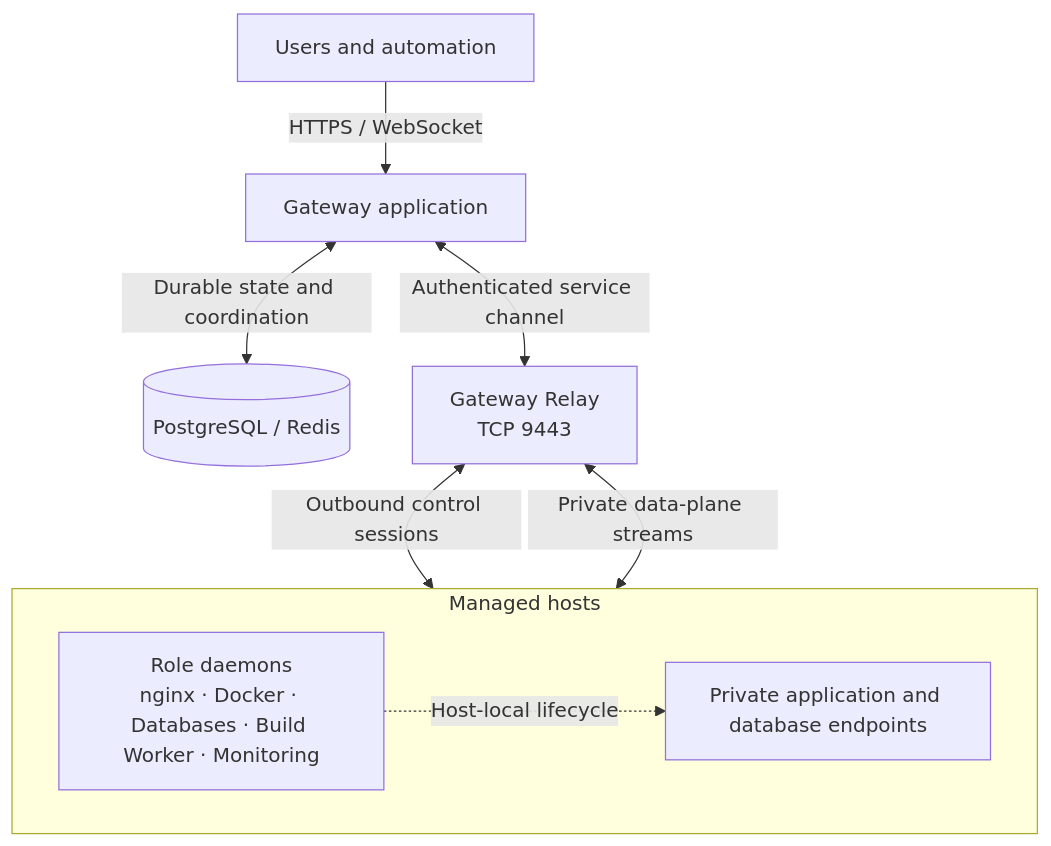
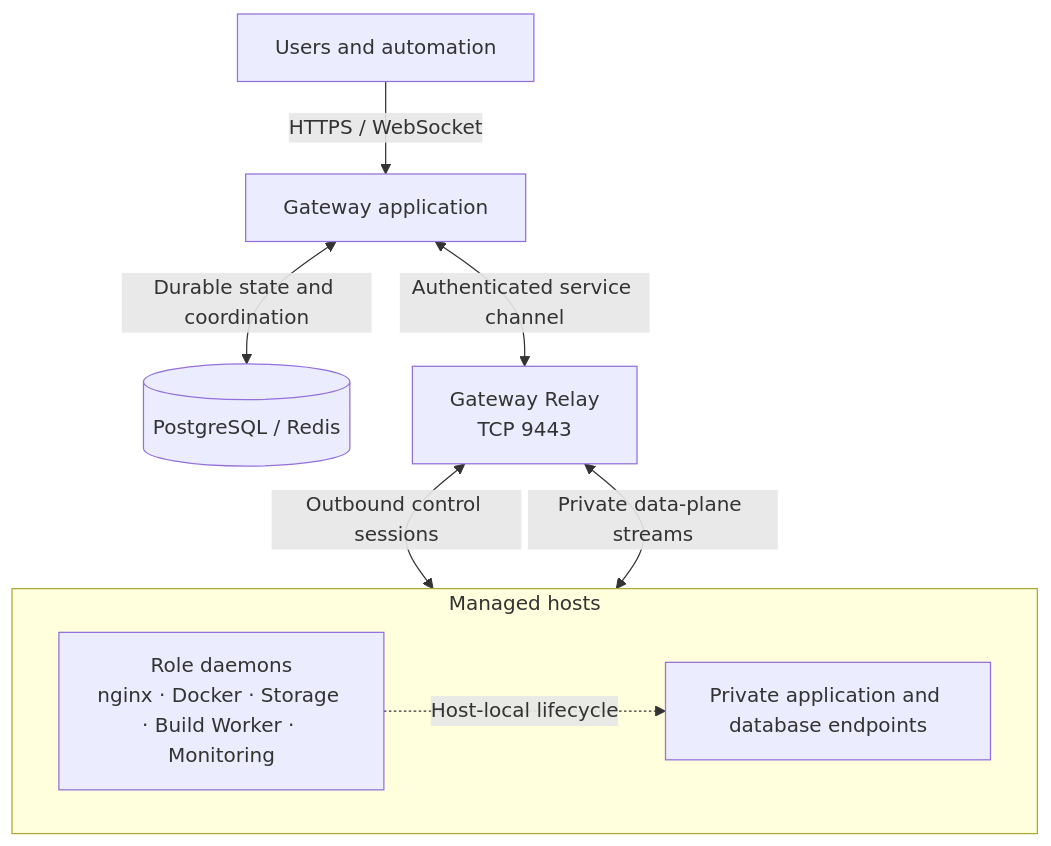
Before and after one commit to the-square-labs/gateway-docs: the diagram in src/content/docs/en/concepts/architecture.mdx, drawn with Mermaid. The commit also changed other lines of this file and 104 other files, not shown here.

````diff
--- a/src/content/docs/en/concepts/architecture.mdx
+++ b/src/content/docs/en/concepts/architecture.mdx
@@ -13,16 +13,16 @@
 ```mermaid
 flowchart TB
     users["Users and automation"] -->|"HTTPS / WebSocket"| gateway["Gateway application"]
     gateway <-->|"Durable state and coordination"| state[("PostgreSQL / Redis")]
     gateway <-->|"Authenticated service channel"| relay["Gateway Relay<br/>TCP 9443"]
 
     subgraph hosts["Managed hosts"]
         direction LR
-        daemons["Role daemons<br/>nginx · Docker · Databases · Build Worker · Monitoring"]
+        daemons["Role daemons<br/>nginx · Docker · Storage · Build Worker · Monitoring"]
         workloads["Private application and database endpoints"]
         daemons -.->|"Host-local lifecycle"| workloads
     end
 
     relay <-->|"Outbound control sessions"| daemons
     relay <-->|"Private data-plane streams"| workloads
 ```
````
